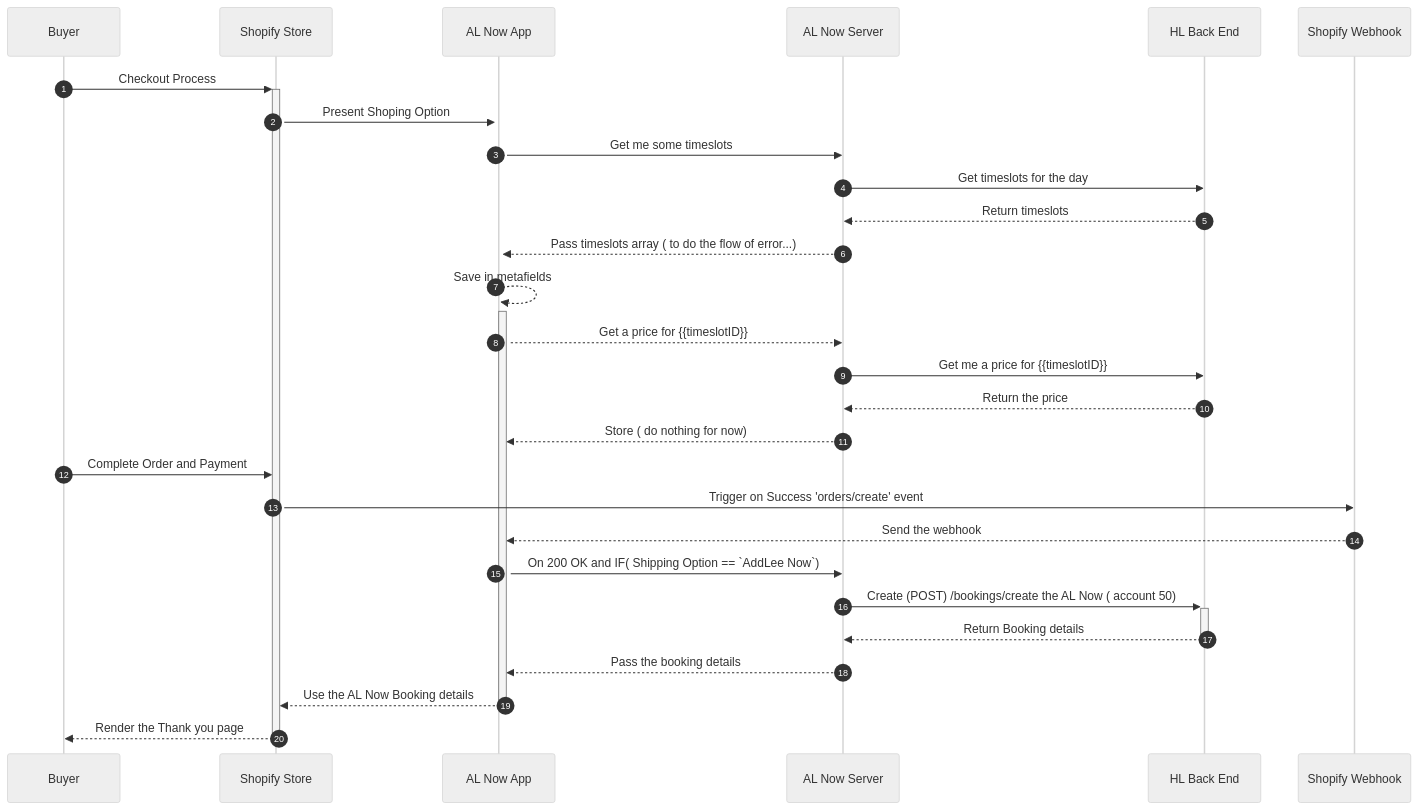
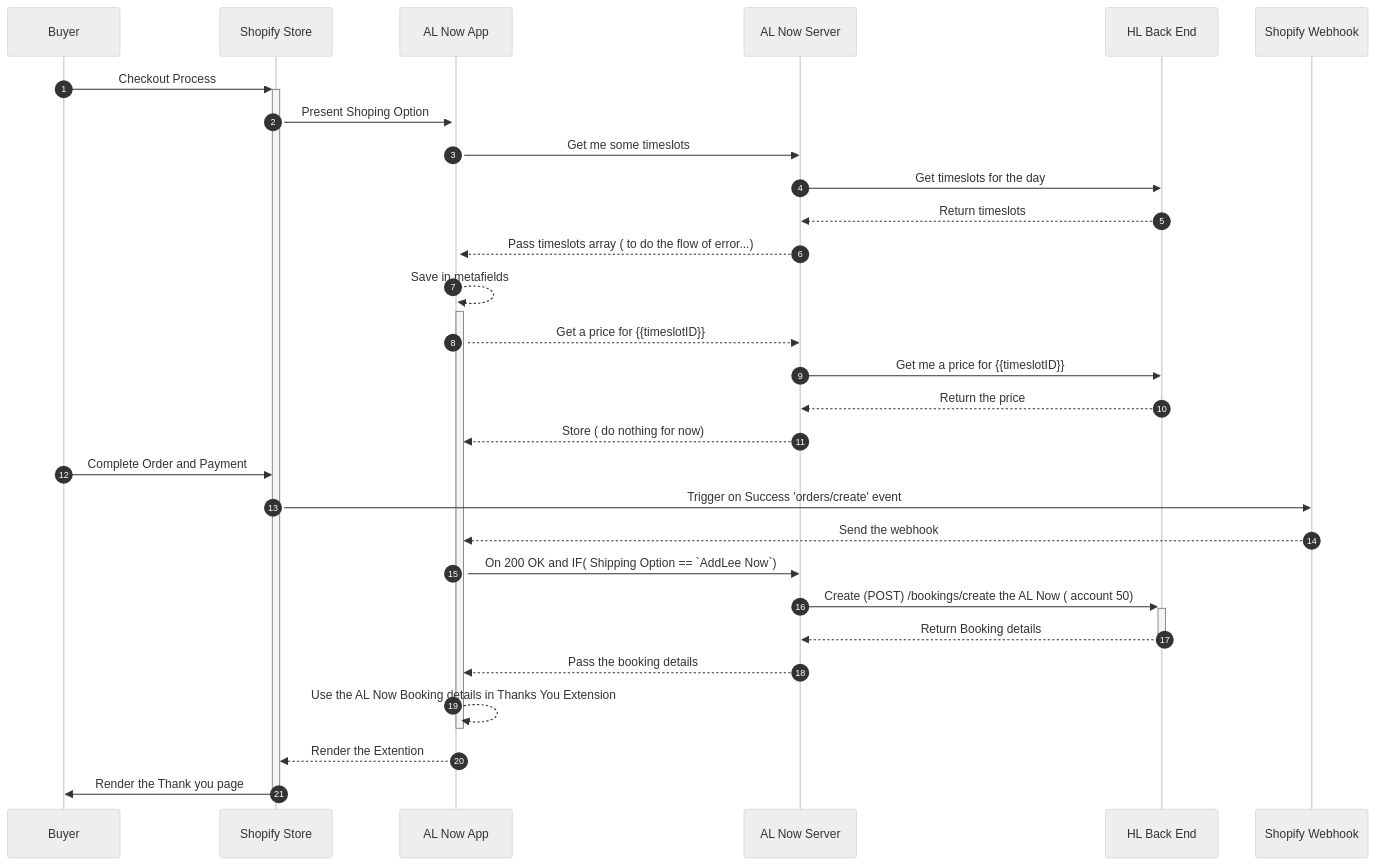
One commit to Ascensyo/addlee-now changed the diagram in README.md. Above: the diagram before and after it, drawn with Mermaid (neutral theme).

Commit message:
Update README.md with MermaidJS diagram

````diff
--- a/README.md
+++ b/README.md
@@ -11,24 +11,25 @@
 ```mermaid
 sequenceDiagram
 autonumber
     Buyer->>+Shopify Store: Checkout Process
     Shopify Store->>+AL Now App: Present Shoping Option
     AL Now App->>AL Now Server: Get me some timeslots
     AL Now Server->>HL Back End: Get timeslots for the day
     HL Back End-->> AL Now Server: Return timeslots
     AL Now Server-->>AL Now App: Pass timeslots array ( to do the flow of error...)  
     AL Now App-->>+AL Now App: Save in metafields
     AL Now App-->>AL Now Server: Get a price for {{timeslotID}}
     AL Now Server->>HL Back End: Get me a price for {{timeslotID}}
     HL Back End-->>AL Now Server: Return the price
     AL Now Server-->>AL Now App: Store ( do nothing for now)
     Buyer->>Shopify Store: Complete Order and Payment
     Shopify Store->>Shopify Webhook: Trigger on Success 'orders/create' event
     Shopify Webhook-->>AL Now App: Send the webhook
     AL Now App->>AL Now Server: On 200 OK and IF( Shipping Option == `AddLee Now`)
     AL Now Server->>+HL Back End: Create (POST) /bookings/create the AL Now ( account 50)
     HL Back End-->>-AL Now Server: Return Booking details 
     AL Now Server-->>AL Now App: Pass the booking details 
-    AL Now App -->>-Shopify Store: Use the AL Now Booking details
-    Shopify Store-->>-Buyer: Render the Thank you page
+    AL Now App -->>-AL Now App: Use the AL Now Booking details in Thanks You Extension
+    AL Now App-->>Shopify Store: Render the Extention
+    Shopify Store->>-Buyer: Render the Thank you page 
 ```
````
